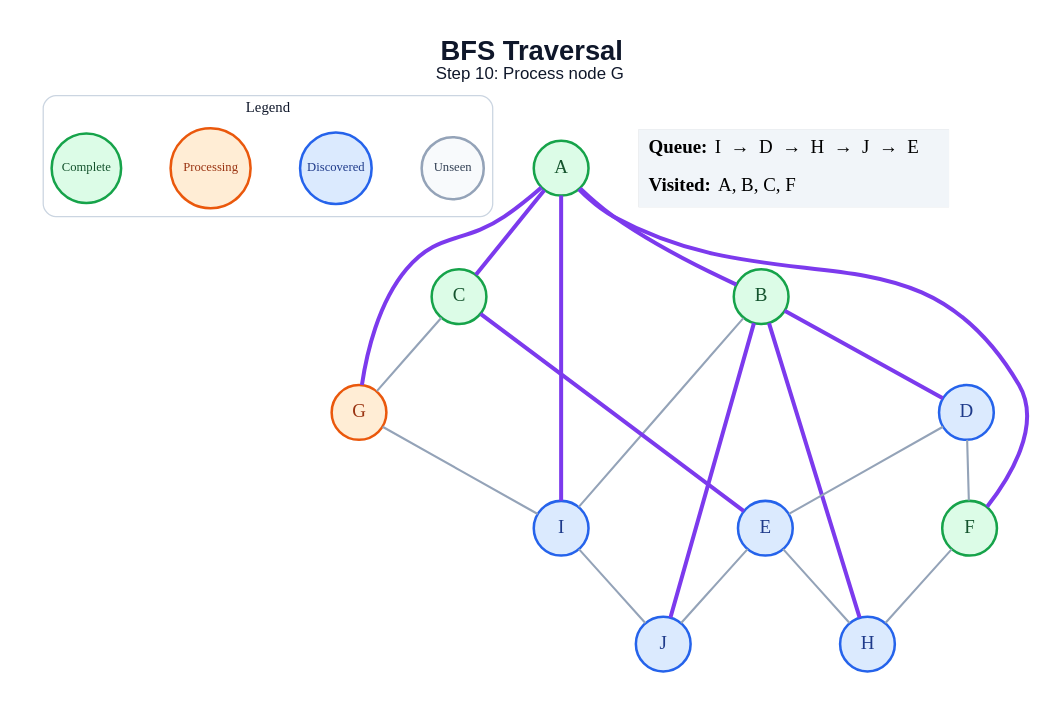
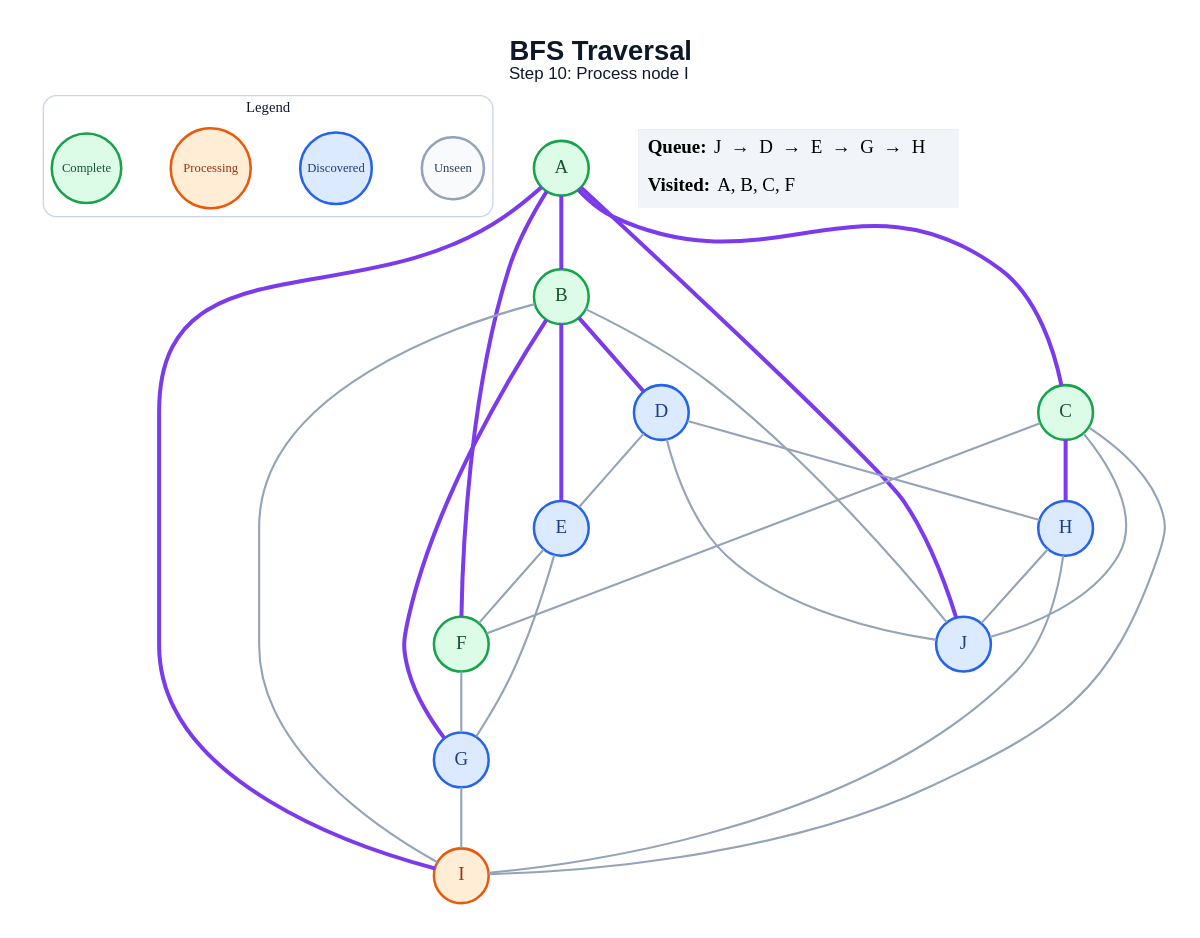
The diagram in generated/bfs/step_10.dot (amanghodawala9/ai-slop), drawn with Graphviz before and after one commit. The commit also changed 178 other files, not shown here.

```diff
--- a/generated/bfs/step_10.dot
+++ b/generated/bfs/step_10.dot
@@ -1,47 +1,52 @@
 graph traversal {
   graph [layout=dot, rankdir=TB, bgcolor="#FFFFFF", pad="0.35", nodesep="0.65", ranksep="0.8", fontname="Arial"];
   node [shape=circle, style="filled", fontname="Arial Bold", fontsize=18, width=0.72, fixedsize=true, penwidth=2.4];
   edge [color="#94A3B8", penwidth=2.0];
-  label=<<B>BFS Traversal</B><BR/><FONT POINT-SIZE="16">Step 10: Process node G</FONT>>; labelloc="t"; fontsize=26; fontname="Arial"; fontcolor="#0F172A";
+  label=<<B>BFS Traversal</B><BR/><FONT POINT-SIZE="16">Step 10: Process node I</FONT>>; labelloc="t"; fontsize=26; fontname="Arial"; fontcolor="#0F172A";
   subgraph cluster_legend { label="Legend"; color="#CBD5E1"; penwidth=1.2; style="rounded"; fontsize=14; fontname="Arial Bold";
     key_unseen [label="Unseen", fillcolor="#F8FAFC", color="#94A3B8", fontcolor="#334155", fontsize=12, width=0.82];
     key_frontier [label="Discovered", fillcolor="#DBEAFE", color="#2563EB", fontcolor="#1E3A8A", fontsize=12, width=0.95];
     key_current [label="Processing", fillcolor="#FFEDD5", color="#EA580C", fontcolor="#9A3412", fontsize=12, width=1.05];
     key_done [label="Complete", fillcolor="#DCFCE7", color="#16A34A", fontcolor="#14532D", fontsize=12, width=0.92];
     { rank=same; key_unseen; key_frontier; key_current; key_done; }
   }
   A [fillcolor="#DCFCE7", color="#16A34A", fontcolor="#14532D"];
   B [fillcolor="#DCFCE7", color="#16A34A", fontcolor="#14532D"];
   C [fillcolor="#DCFCE7", color="#16A34A", fontcolor="#14532D"];
   D [fillcolor="#DBEAFE", color="#2563EB", fontcolor="#1E3A8A"];
   E [fillcolor="#DBEAFE", color="#2563EB", fontcolor="#1E3A8A"];
   F [fillcolor="#DCFCE7", color="#16A34A", fontcolor="#14532D"];
-  G [fillcolor="#FFEDD5", color="#EA580C", fontcolor="#9A3412"];
+  G [fillcolor="#DBEAFE", color="#2563EB", fontcolor="#1E3A8A"];
   H [fillcolor="#DBEAFE", color="#2563EB", fontcolor="#1E3A8A"];
-  I [fillcolor="#DBEAFE", color="#2563EB", fontcolor="#1E3A8A"];
+  I [fillcolor="#FFEDD5", color="#EA580C", fontcolor="#9A3412"];
   J [fillcolor="#DBEAFE", color="#2563EB", fontcolor="#1E3A8A"];
   A -- B [color="#7C3AED", penwidth=3.8];
   A -- C [color="#7C3AED", penwidth=3.8];
   A -- F [color="#7C3AED", penwidth=3.8];
-  A -- G [color="#7C3AED", penwidth=3.8];
   A -- I [color="#7C3AED", penwidth=3.8];
+  A -- J [color="#7C3AED", penwidth=3.8];
   B -- D [color="#7C3AED", penwidth=3.8];
-  B -- H [color="#7C3AED", penwidth=3.8];
+  B -- E [color="#7C3AED", penwidth=3.8];
+  B -- G [color="#7C3AED", penwidth=3.8];
   B -- I;
-  B -- J [color="#7C3AED", penwidth=3.8];
-  C -- E [color="#7C3AED", penwidth=3.8];
-  C -- G;
+  B -- J;
+  C -- F;
+  C -- H [color="#7C3AED", penwidth=3.8];
+  C -- I;
+  C -- J;
   D -- E;
-  D -- F;
-  E -- H;
-  E -- J;
-  F -- H;
+  D -- H;
+  D -- J;
+  E -- F;
+  E -- G;
+  F -- G;
   G -- I;
-  I -- J;
+  H -- I;
+  H -- J;
   status [shape=plain, fixedsize=false, width=0, height=0, margin=0, label=<
     <TABLE BORDER="0" CELLBORDER="0" CELLPADDING="7" BGCOLOR="#F1F5F9">
-      <TR><TD ALIGN="LEFT"><B>Queue:</B> I  →  D  →  H  →  J  →  E</TD></TR>
+      <TR><TD ALIGN="LEFT"><B>Queue:</B> J  →  D  →  E  →  G  →  H</TD></TR>
       <TR><TD ALIGN="LEFT"><B>Visited:</B> A, B, C, F</TD></TR>
     </TABLE>
   >];
 }
```
